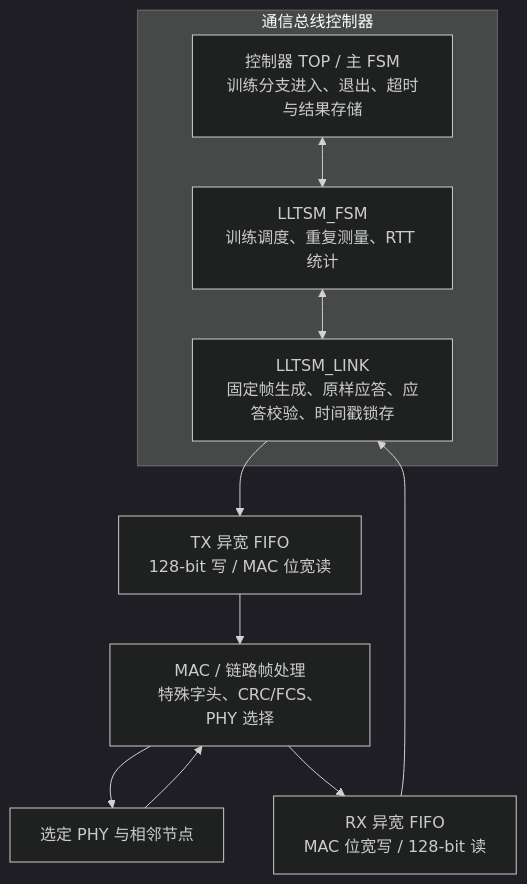
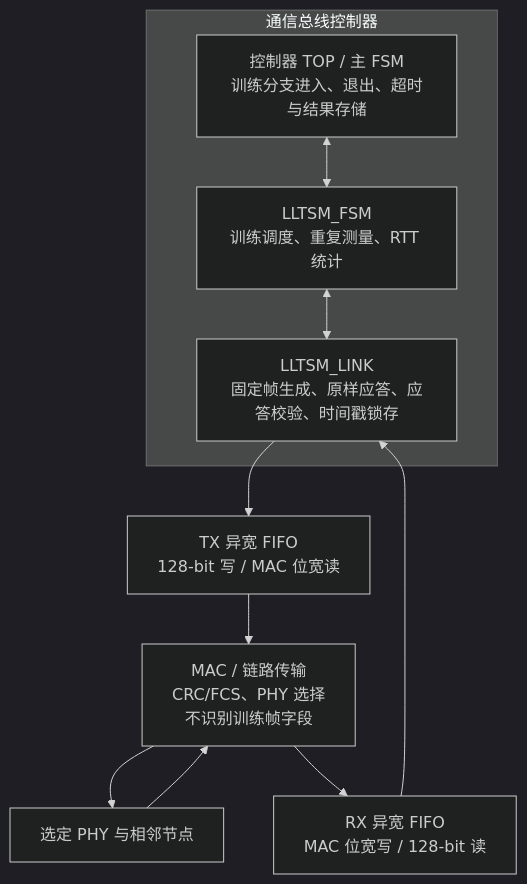
The diagram in docs/LLTSM_Architecture_and_Interface.md (waterwhit/lltsm-link-training), drawn with Mermaid (dark theme) before and after one commit. The commit also changed other lines of this file and 13 other files, not shown here.

````diff
--- a/docs/LLTSM_Architecture_and_Interface.md
+++ b/docs/LLTSM_Architecture_and_Interface.md
@@ -5,17 +5,17 @@
 ```mermaid
 flowchart TB
     subgraph CTRL["通信总线控制器"]
         TOP["控制器 TOP / 主 FSM<br/>训练分支进入、退出、超时与结果存储"]
         FSM["LLTSM_FSM<br/>训练调度、重复测量、RTT 统计"]
         LINK["LLTSM_LINK<br/>固定帧生成、原样应答、应答校验、时间戳锁存"]
         TOP <--> FSM
         FSM <--> LINK
     end
 
     TXFIFO["TX 异宽 FIFO<br/>128-bit 写 / MAC 位宽读"]
-    MAC["MAC / 链路帧处理<br/>特殊字头、CRC/FCS、PHY 选择"]
+    MAC["MAC / 链路传输<br/>CRC/FCS、PHY 选择<br/>不识别训练帧字段"]
     PHY["选定 PHY 与相邻节点"]
     RXFIFO["RX 异宽 FIFO<br/>MAC 位宽写 / 128-bit 读"]
 
     LINK --> TXFIFO --> MAC --> PHY --> MAC --> RXFIFO --> LINK
 ```
````
